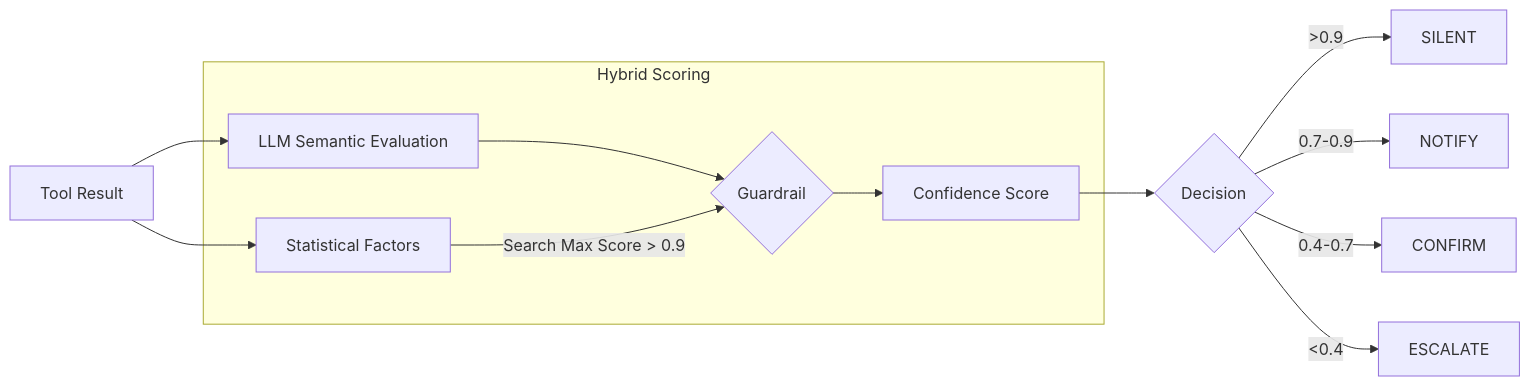
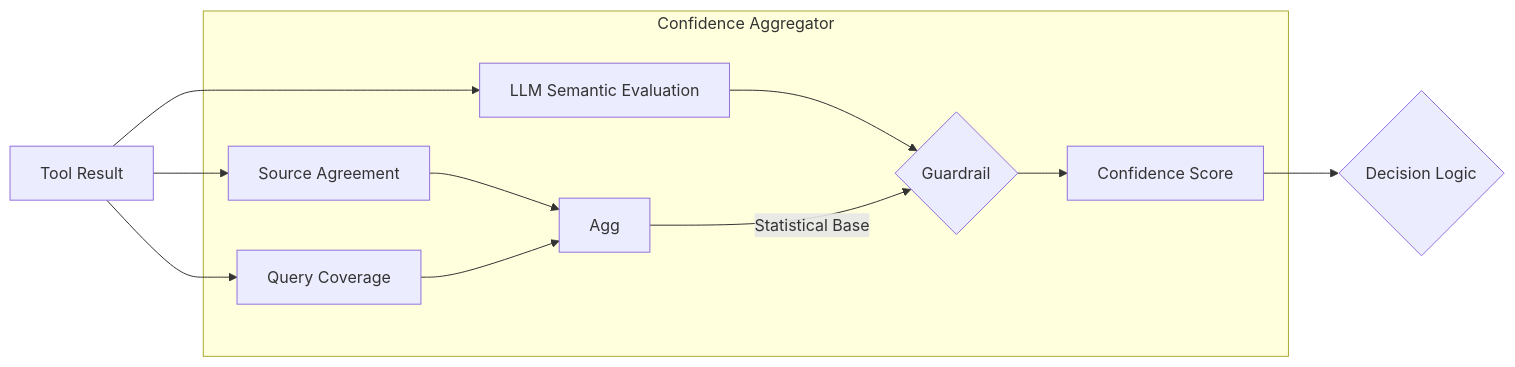
The second of 2 diagrams in doc/grace/grace_architecture.md (nakashima2toshio/gemini_grace_agent), drawn with Mermaid before and after one commit. The commit also changed other lines of this file and 17 other files, not shown here.

````diff
--- a/doc/grace/grace_architecture.md
+++ b/doc/grace/grace_architecture.md
@@ -95,17 +125,16 @@
 ```mermaid
 graph LR
-    Result[Tool Result] --> Stats[Statistical Factors]
+    Result[Tool Result] --> SrcAgree[Source Agreement]
+    Result --> QryCov[Query Coverage]
     Result --> LLM_Eval[LLM Semantic Evaluation]
-    
-    subgraph "Hybrid Scoring"
+  
+    subgraph "Confidence Aggregator"
+        SrcAgree --> Agg
+        QryCov --> Agg
         LLM_Eval --> Guard{Guardrail}
-        Stats -->|Search Max Score > 0.9| Guard
+        Agg -->|Statistical Base| Guard
         Guard --> FinalScore[Confidence Score]
     end
-    
-    FinalScore --> Decision{Decision}
-    Decision -->|>0.9| SILENT
-    Decision -->|0.7-0.9| NOTIFY
-    Decision -->|0.4-0.7| CONFIRM
-    Decision -->|<0.4| ESCALATE
+  
+    FinalScore --> Decision{Decision Logic}
 ```
````
